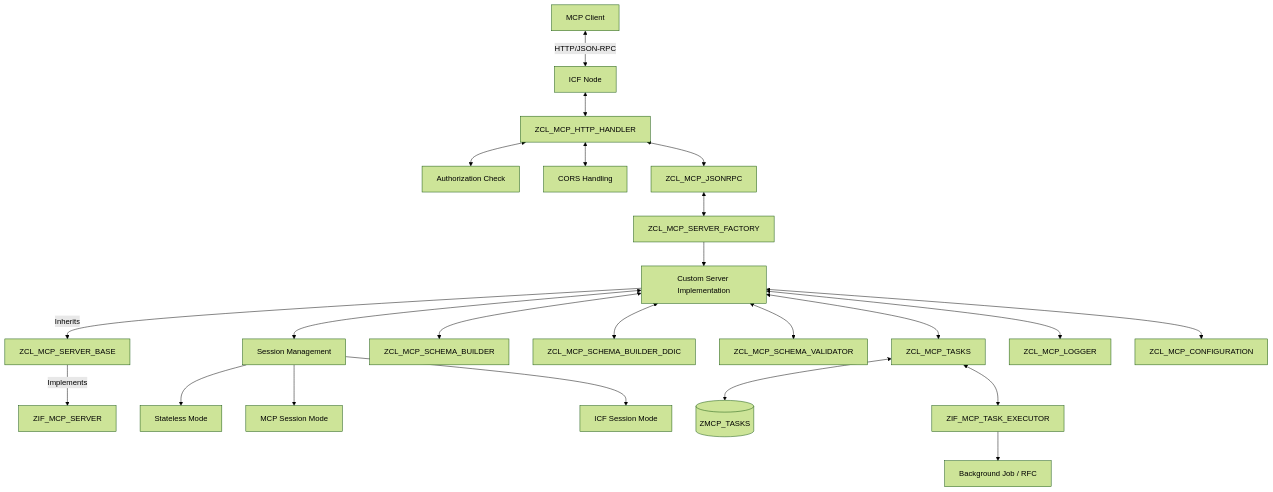
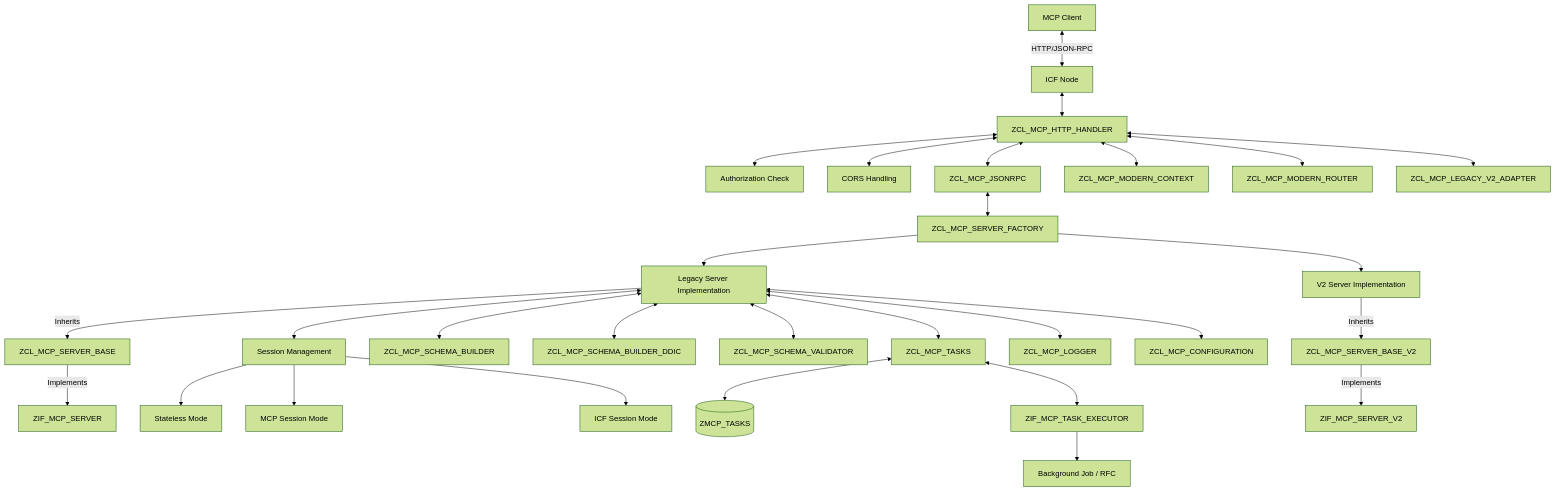
One commit to abap-ai/mcp changed the diagram in docs/Overview.md. Above: the diagram before and after it, drawn with Mermaid (forest theme). The commit also changed other lines of this file and 15 other files, not shown here.

````diff
--- a/docs/Overview.md
+++ b/docs/Overview.md
@@ -40,25 +49,31 @@
 ```mermaid
 graph TD
     Client[MCP Client] <-->|HTTP/JSON-RPC| ICF[ICF Node]
     ICF <--> Handler[ZCL_MCP_HTTP_HANDLER]
     Handler <--> Auth[Authorization Check]
     Handler <--> CORS[CORS Handling]
     Handler <--> JSONRPC[ZCL_MCP_JSONRPC]
     JSONRPC <--> ServerFactory[ZCL_MCP_SERVER_FACTORY]
-    ServerFactory --> ServerImpl[Custom Server Implementation]
+    ServerFactory --> ServerImpl[Legacy Server Implementation]
+    ServerFactory --> ServerImplV2[V2 Server Implementation]
     ServerImpl -->|Inherits| ServerBase[ZCL_MCP_SERVER_BASE]
     ServerBase -->|Implements| ServerInterface[ZIF_MCP_SERVER]
+    ServerImplV2 -->|Inherits| ServerBaseV2[ZCL_MCP_SERVER_BASE_V2]
+    ServerBaseV2 -->|Implements| ServerInterfaceV2[ZIF_MCP_SERVER_V2]
+    Handler <--> ModernContext[ZCL_MCP_MODERN_CONTEXT]
+    Handler <--> ModernRouter[ZCL_MCP_MODERN_ROUTER]
+    Handler <--> LegacyAdapter[ZCL_MCP_LEGACY_V2_ADAPTER]
     ServerImpl <--> SessionMgmt[Session Management]
     SessionMgmt --> Stateless[Stateless Mode]
     SessionMgmt --> MCPSession[MCP Session Mode]
     SessionMgmt --> ICFSession[ICF Session Mode]
     ServerImpl <--> SchemaBuilder[ZCL_MCP_SCHEMA_BUILDER]
     ServerImpl <--> SchemaDDIC[ZCL_MCP_SCHEMA_BUILDER_DDIC]
     ServerImpl <--> SchemaValidator[ZCL_MCP_SCHEMA_VALIDATOR]
     ServerImpl <--> Tasks[ZCL_MCP_TASKS]
     Tasks <--> TaskDB[(ZMCP_TASKS)]
     Tasks <--> TaskExecutor[ZIF_MCP_TASK_EXECUTOR]
     TaskExecutor --> BgJob[Background Job / RFC]
     ServerImpl <--> Logger[ZCL_MCP_LOGGER]
     ServerImpl <--> Config[ZCL_MCP_CONFIGURATION]
 ```
````
